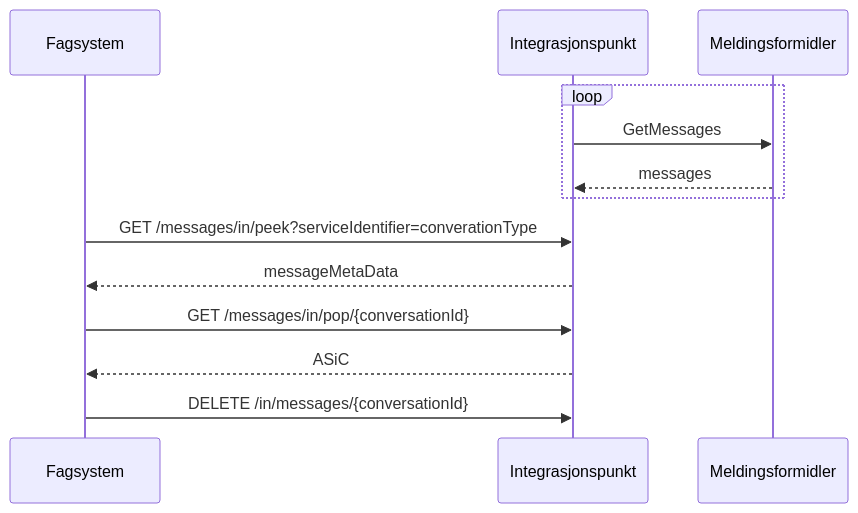
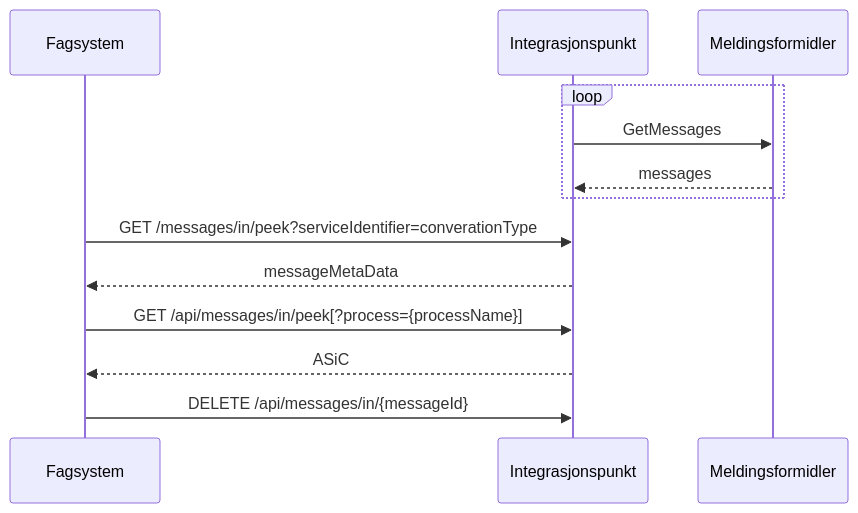
Before and after one commit to felleslosninger/docs: the third of 3 diagrams in _docs/eFormidling/Teknisk_informasjon/meldingsflyt.md, drawn with Mermaid. The commit also changed other lines of this file, not shown here.

```diff
--- a/_docs/eFormidling/Teknisk_informasjon/meldingsflyt.md
+++ b/_docs/eFormidling/Teknisk_informasjon/meldingsflyt.md
@@ -97,19 +97,19 @@
 <div class="mermaid">
 
 sequenceDiagram
     participant fs as Fagsystem
     participant ip as Integrasjonspunkt
     participant mf  as Meldingsformidler
 
     loop
         ip->>mf: GetMessages
         mf-->>ip: messages
     end
     
     fs->>ip: GET /messages/in/peek?serviceIdentifier=converationType
     ip-->>fs: messageMetaData
-    fs->>ip: GET /messages/in/pop/{conversationId}
+    fs->>ip: GET /api/messages/in/peek[?process={processName}]
     ip-->>fs: ASiC
-    fs->>ip: DELETE /in/messages/{conversationId}
+    fs->>ip: DELETE /api/messages/in/{messageId}
 
 </div>
```
